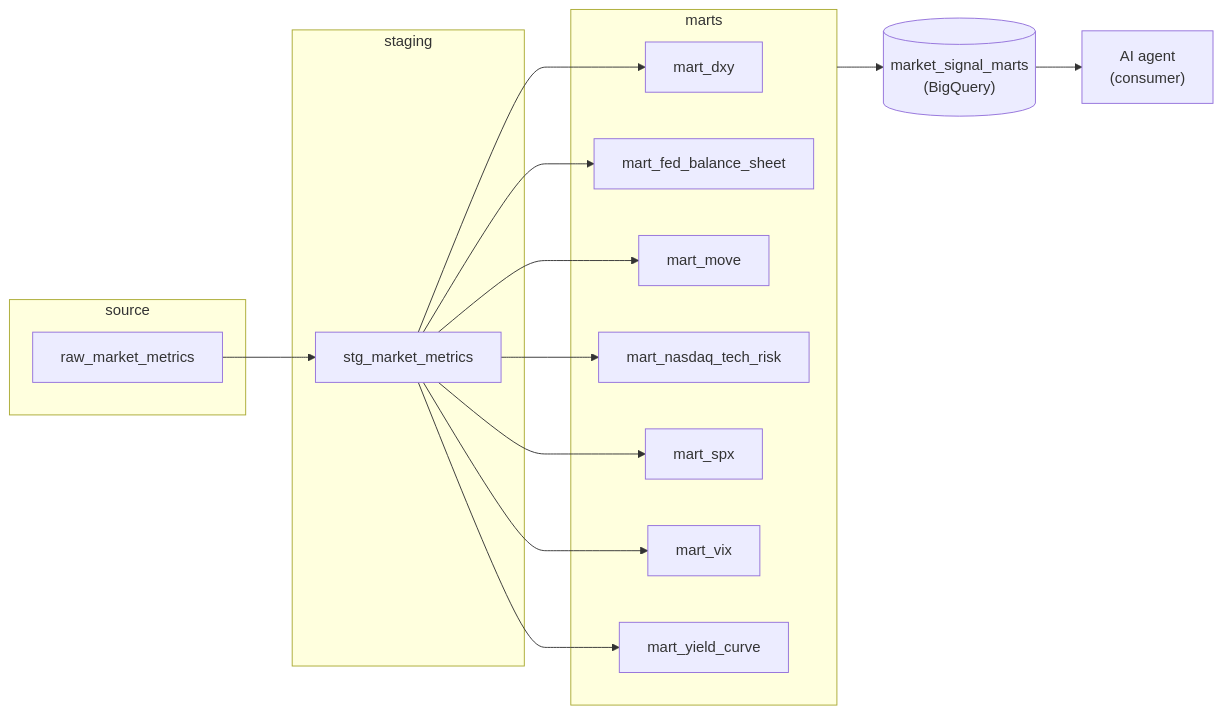
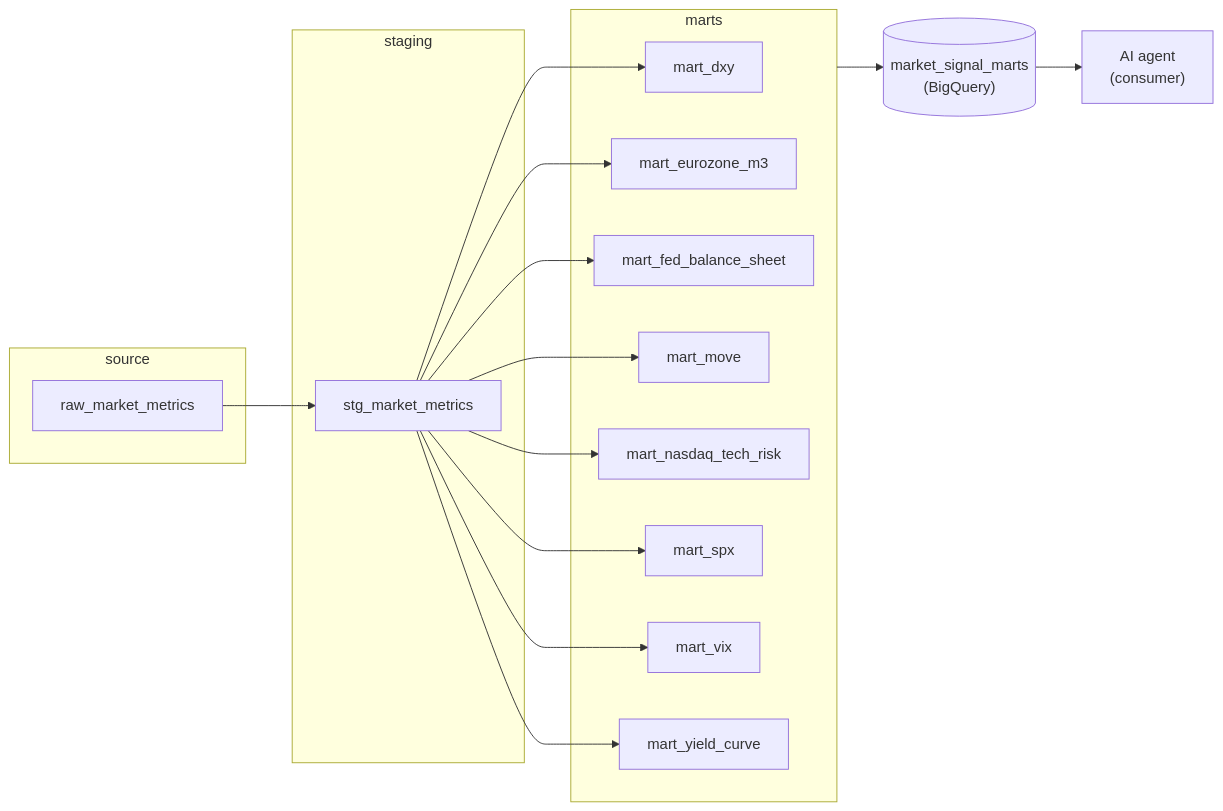
The diagram in README.md (ggsergi/market-signal-stack), drawn with Mermaid before and after one commit. The commit also changed other lines of this file, not shown here.

Commit message:
docs: add eurozone_m3 to README indicator list

````diff
--- a/README.md
+++ b/README.md
@@ -19,28 +19,30 @@
 ```mermaid
 flowchart LR
     subgraph source["source"]
         raw_market_metrics["raw_market_metrics"]
     end
     subgraph staging["staging"]
         stg_market_metrics["stg_market_metrics"]
     end
     subgraph marts["marts"]
         mart_dxy["mart_dxy"]
+        mart_eurozone_m3["mart_eurozone_m3"]
         mart_fed_balance_sheet["mart_fed_balance_sheet"]
         mart_move["mart_move"]
         mart_nasdaq_tech_risk["mart_nasdaq_tech_risk"]
         mart_spx["mart_spx"]
         mart_vix["mart_vix"]
         mart_yield_curve["mart_yield_curve"]
     end
     raw_market_metrics --> stg_market_metrics
     stg_market_metrics --> mart_dxy
+    stg_market_metrics --> mart_eurozone_m3
     stg_market_metrics --> mart_fed_balance_sheet
     stg_market_metrics --> mart_move
     stg_market_metrics --> mart_nasdaq_tech_risk
     stg_market_metrics --> mart_spx
     stg_market_metrics --> mart_vix
     stg_market_metrics --> mart_yield_curve
     marts --> market_signal_marts[("market_signal_marts<br/>(BigQuery)")]
     market_signal_marts --> agent["AI agent<br/>(consumer)"]
 ```
````
